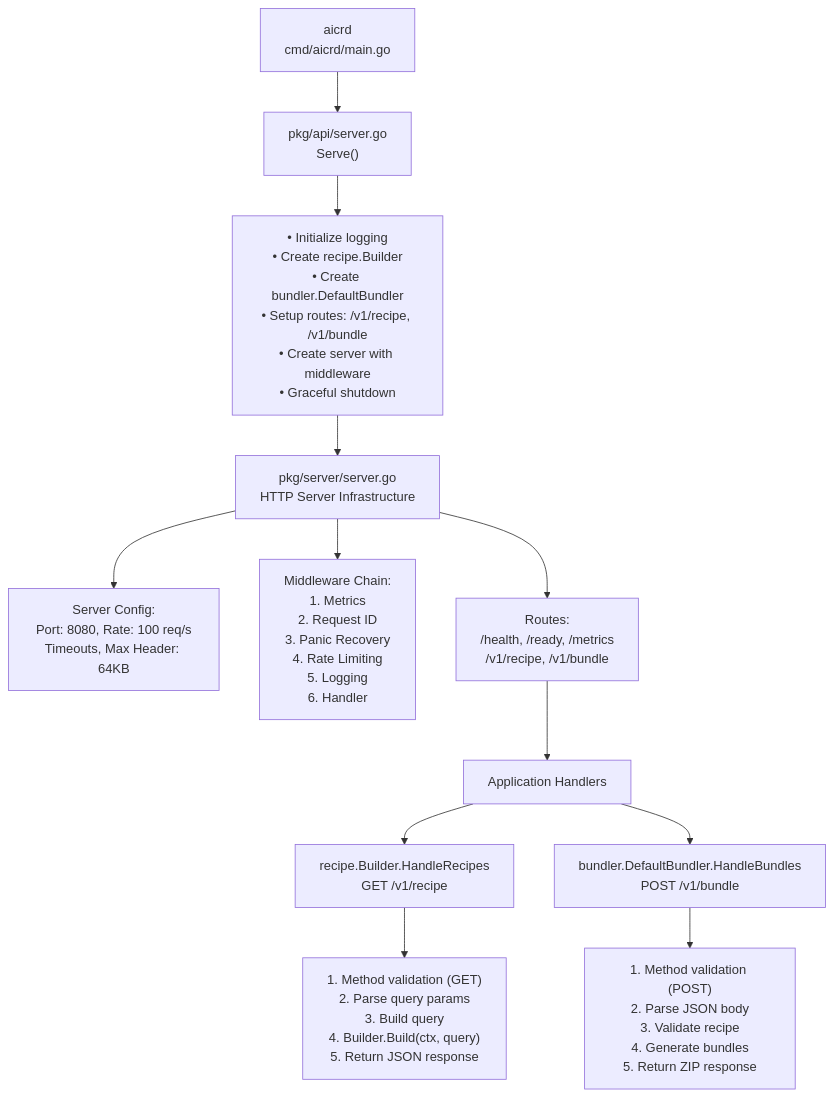
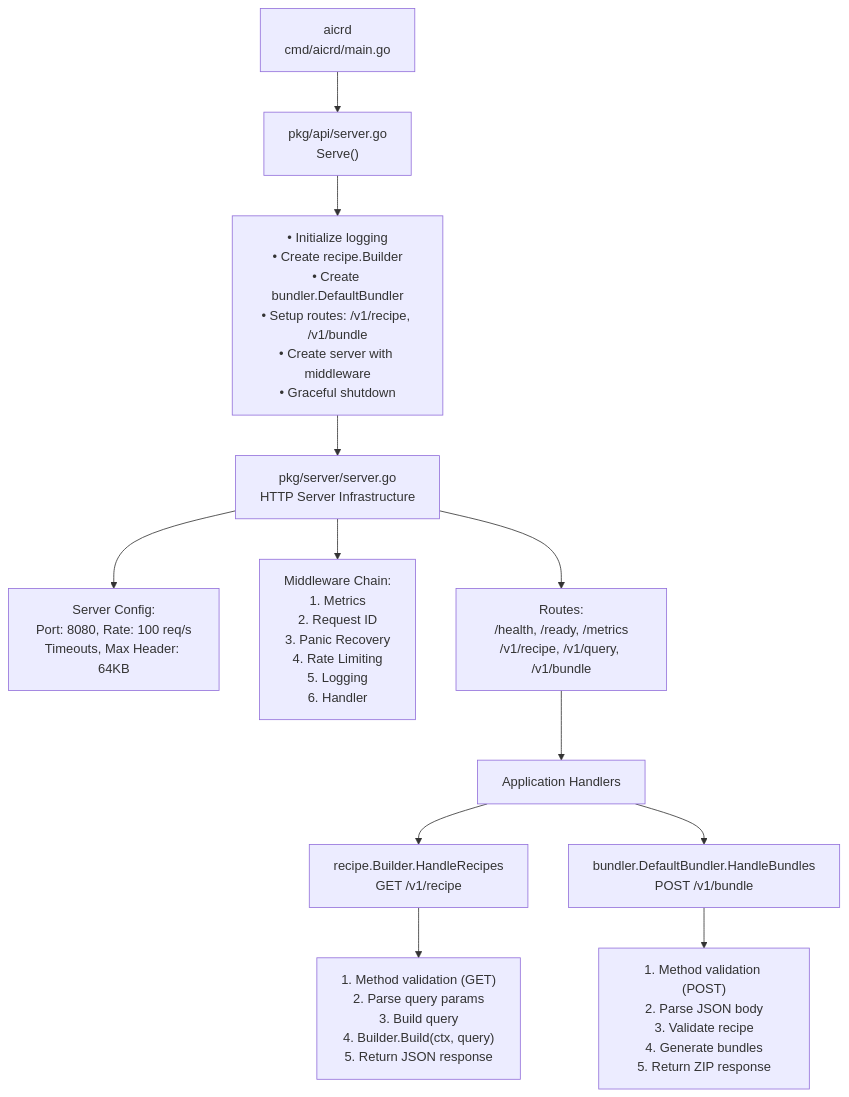
The first of 4 diagrams in docs/contributor/api-server.md (NVIDIA/aicr), drawn with Mermaid before and after one commit. The commit also changed other lines of this file and 39 other files, not shown here.

````diff
--- a/docs/contributor/api-server.md
+++ b/docs/contributor/api-server.md
@@ -46,21 +33,21 @@
 ```mermaid
 flowchart TD
     A["aicrd<br/>cmd/aicrd/main.go"] --> B["pkg/api/server.go<br/>Serve()"]
     
     B --> B1["• Initialize logging<br/>• Create recipe.Builder<br/>• Create bundler.DefaultBundler<br/>• Setup routes: /v1/recipe, /v1/bundle<br/>• Create server with middleware<br/>• Graceful shutdown"]
     
     B1 --> C["pkg/server/server.go<br/>HTTP Server Infrastructure"]
     
     C --> C1["Server Config:<br/>Port: 8080, Rate: 100 req/s<br/>Timeouts, Max Header: 64KB"]
     C --> C2["Middleware Chain:<br/>1. Metrics<br/>2. Request ID<br/>3. Panic Recovery<br/>4. Rate Limiting<br/>5. Logging<br/>6. Handler"]
-    C --> C3["Routes:<br/>/health, /ready, /metrics<br/>/v1/recipe, /v1/bundle"]
+    C --> C3["Routes:<br/>/health, /ready, /metrics<br/>/v1/recipe, /v1/query, /v1/bundle"]
     
     C3 --> D["Application Handlers"]
     
     D --> D1["recipe.Builder.HandleRecipes<br/>GET /v1/recipe"]
     D --> D2["bundler.DefaultBundler.HandleBundles<br/>POST /v1/bundle"]
     
     D1 --> D1a["1. Method validation (GET)<br/>2. Parse query params<br/>3. Build query<br/>4. Builder.Build(ctx, query)<br/>5. Return JSON response"]
     
     D2 --> D2a["1. Method validation (POST)<br/>2. Parse JSON body<br/>3. Validate recipe<br/>4. Generate bundles<br/>5. Return ZIP response"]
 ```
````
